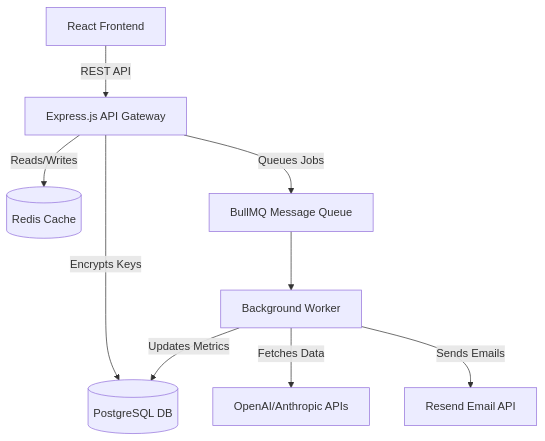
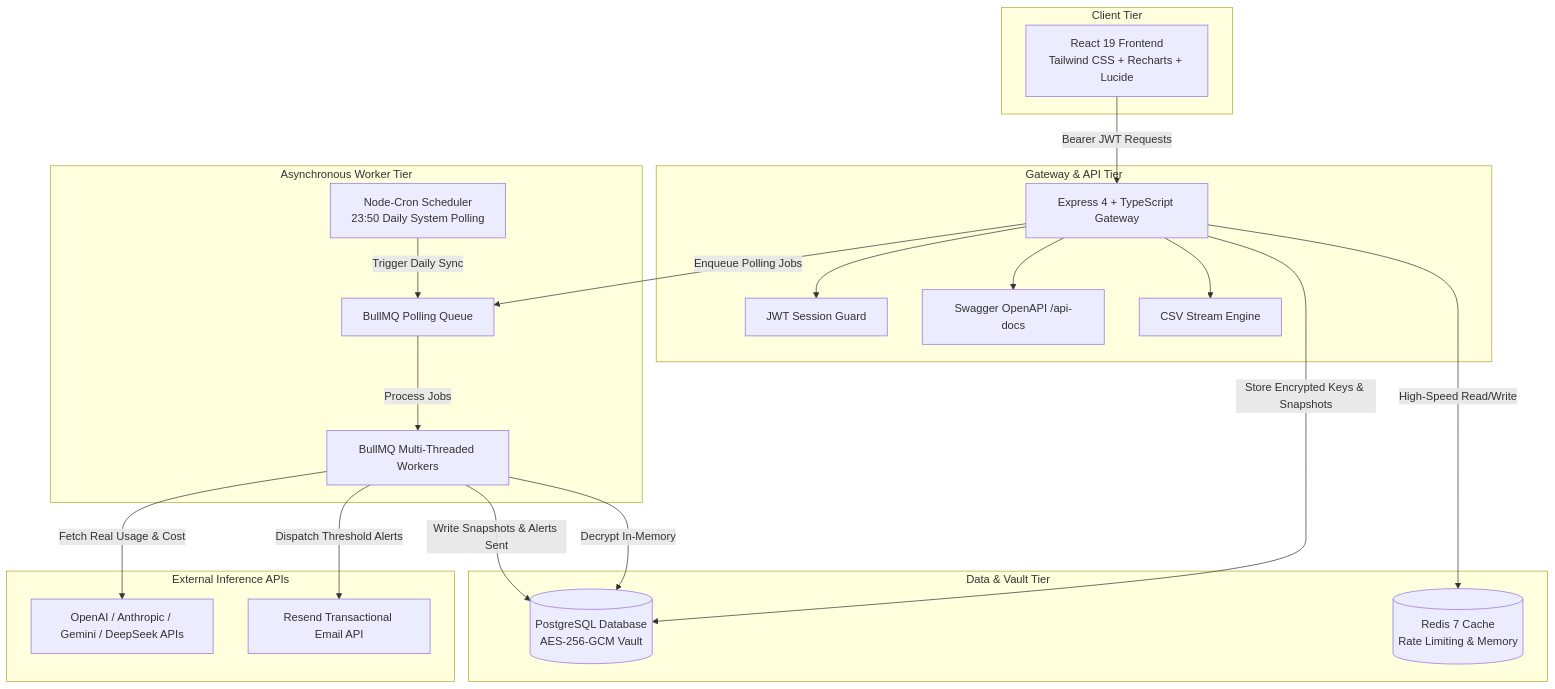
One commit to musaibmanzoor121-cloud/LLM-SPEND-TRACKER changed the diagram in README.md. Above: the diagram before and after it, drawn with Mermaid. The commit also changed other lines of this file, not shown here.

````diff
--- a/README.md
+++ b/README.md
@@ -35,11 +78,43 @@
 ```mermaid
-graph TD
-    Client[React Frontend] -->|REST API| API[Express.js API Gateway]
-    API -->|Reads/Writes| Cache[(Redis Cache)]
-    API -->|Encrypts Keys| DB[(PostgreSQL DB)]
-    API -->|Queues Jobs| Queue[BullMQ Message Queue]
-    Queue --> Worker[Background Worker]
-    Worker -->|Fetches Data| Providers[OpenAI/Anthropic APIs]
-    Worker -->|Sends Emails| Resend[Resend Email API]
-    Worker -->|Updates Metrics| DB
+flowchart TD
+    subgraph Client Tier
+        UI[React 19 Frontend<br/>Tailwind CSS + Recharts + Lucide]
+    end
+
+    subgraph Gateway & API Tier
+        API[Express 4 + TypeScript Gateway]
+        AUTH[JWT Session Guard]
+        DOCS[Swagger OpenAPI /api-docs]
+        CSV[CSV Stream Engine]
+    end
+
+    subgraph Data & Vault Tier
+        VAULT[(PostgreSQL Database<br/>AES-256-GCM Vault)]
+        REDIS[(Redis 7 Cache<br/>Rate Limiting & Memory)]
+    end
+
+    subgraph Asynchronous Worker Tier
+        QUEUE[BullMQ Polling Queue]
+        CRON[Node-Cron Scheduler<br/>23:50 Daily System Polling]
+        WORKER[BullMQ Multi-Threaded Workers]
+    end
+
+    subgraph External Inference APIs
+        LLM[OpenAI / Anthropic / Gemini / DeepSeek APIs]
+        MAIL[Resend Transactional Email API]
+    end
+
+    UI -->|Bearer JWT Requests| API
+    API --> AUTH
+    API --> DOCS
+    API --> CSV
+    API -->|High-Speed Read/Write| REDIS
+    API -->|Store Encrypted Keys & Snapshots| VAULT
+    API -->|Enqueue Polling Jobs| QUEUE
+    CRON -->|Trigger Daily Sync| QUEUE
+    QUEUE -->|Process Jobs| WORKER
+    WORKER -->|Decrypt In-Memory| VAULT
+    WORKER -->|Fetch Real Usage & Cost| LLM
+    WORKER -->|Dispatch Threshold Alerts| MAIL
+    WORKER -->|Write Snapshots & Alerts Sent| VAULT
 ```
````
